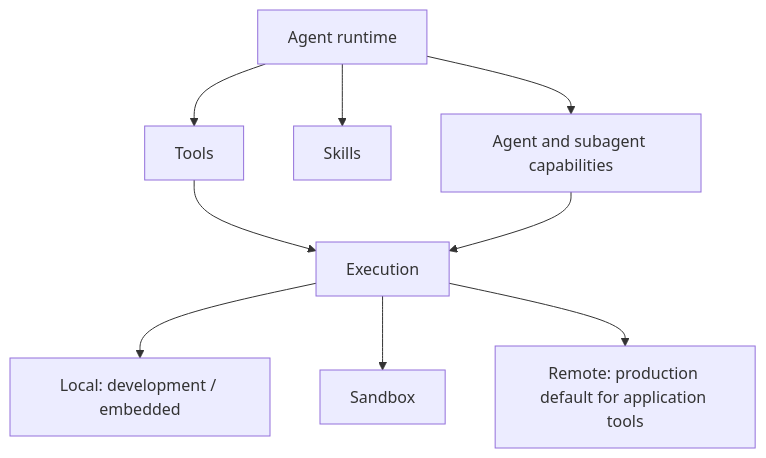
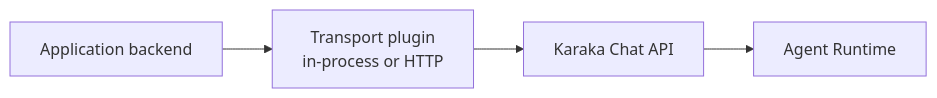
Before and after one commit to karaka-ai/karaka: the fifth of 6 diagrams in docs/architecture.md, drawn with Mermaid. The commit also changed other lines of this file and 2 other files, not shown here.

Commit message:
docs: replace execution with transport seam

````diff
--- a/docs/architecture.md
+++ b/docs/architecture.md
@@ -367,12 +359,11 @@
 ```mermaid
-flowchart TB
-  Runtime["Agent runtime"]
-  Runtime --> ToolCapability["Tools"]
-  Runtime --> SkillCapability["Skills"]
-  Runtime --> AgentCapability["Agent and subagent capabilities"]
-  ToolCapability --> Execution["Execution"]
-  AgentCapability --> Execution
-  Execution --> InProcess["Local: development / embedded"]
-  Execution --> Sandbox["Sandbox"]
-  Execution --> RemoteExecution["Remote: production default for application tools"]
+flowchart LR
+  Application["Application backend"]
+  Transport["Transport plugin<br/>in-process or HTTP"]
+  Chat["Karaka Chat API"]
+  Runtime["Agent Runtime"]
+
+  Application --> Transport
+  Transport --> Chat
+  Chat --> Runtime
 ```
````
